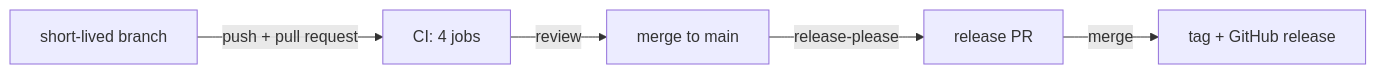
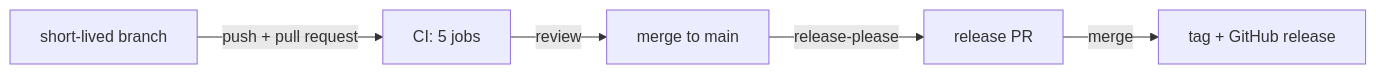
The diagram in docs/conventions/git-workflow.md (rootcube/data-mesh-template), drawn with Mermaid before and after one commit. The commit also changed other lines of this file and 8 other files, not shown here.

````diff
--- a/docs/conventions/git-workflow.md
+++ b/docs/conventions/git-workflow.md
@@ -20,7 +20,7 @@
 ```mermaid
 flowchart LR
-    A[short-lived branch] -->|push + pull request| B[CI: 4 jobs]
+    A[short-lived branch] -->|push + pull request| B[CI: 5 jobs]
     B -->|review| C[merge to main]
     C -->|release-please| D[release PR]
     D -->|merge| E[tag + GitHub release]
 ```
````
